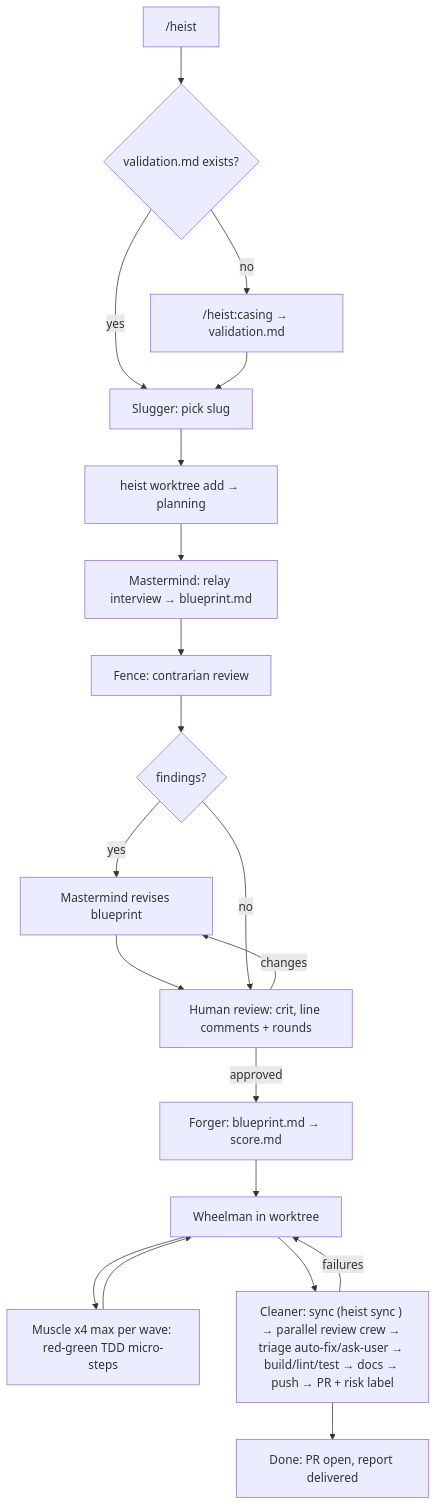
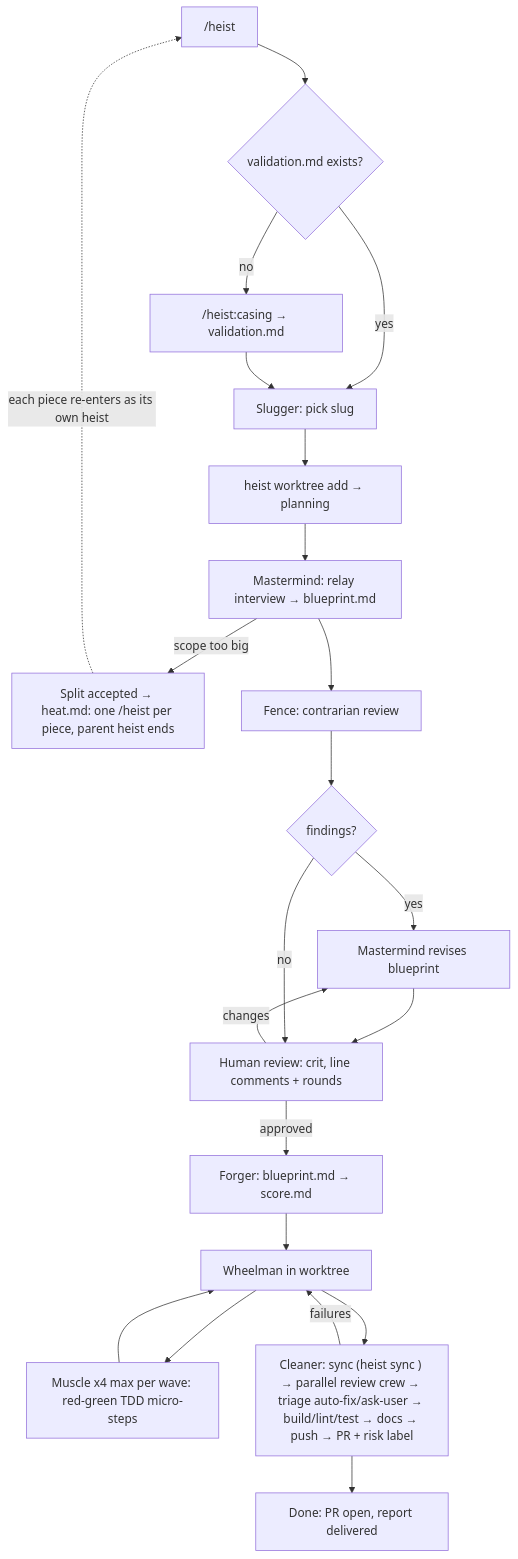
The diagram in README.md (GMadorell/heist), drawn with Mermaid before and after one commit. The commit also changed other lines of this file and 1 other file, not shown here.

````diff
--- a/README.md
+++ b/README.md
@@ -24,21 +24,23 @@
 ```mermaid
 flowchart TD
     A["/heist <slug>"] --> B{validation.md exists?}
     B -- no --> C["/heist:casing → validation.md"]
     B -- yes --> S[Slugger: pick slug]
     C --> S
     S --> I["heist worktree add → planning"]
     I --> D[Mastermind: relay interview → blueprint.md]
+    D -- scope too big --> SP["Split accepted → heat.md: one /heist per piece, parent heist ends"]
+    SP -. each piece re-enters as its own heist .-> A
     D --> E[Fence: contrarian review]
     E --> F{findings?}
     F -- yes --> D2[Mastermind revises blueprint] --> G
     F -- no --> G[Human review: crit, line comments + rounds]
     G -- changes --> D2
     G -- approved --> H[Forger: blueprint.md → score.md]
     H --> J[Wheelman in worktree]
     J --> K[Muscle x4 max per wave: red-green TDD micro-steps]
     K --> J
     J --> L["Cleaner: sync (heist sync <slug>) → parallel review crew → triage auto-fix/ask-user → build/lint/test → docs → push → PR + risk label"]
     L -- failures --> J
     L --> M[Done: PR open, report delivered]
 ```
````
